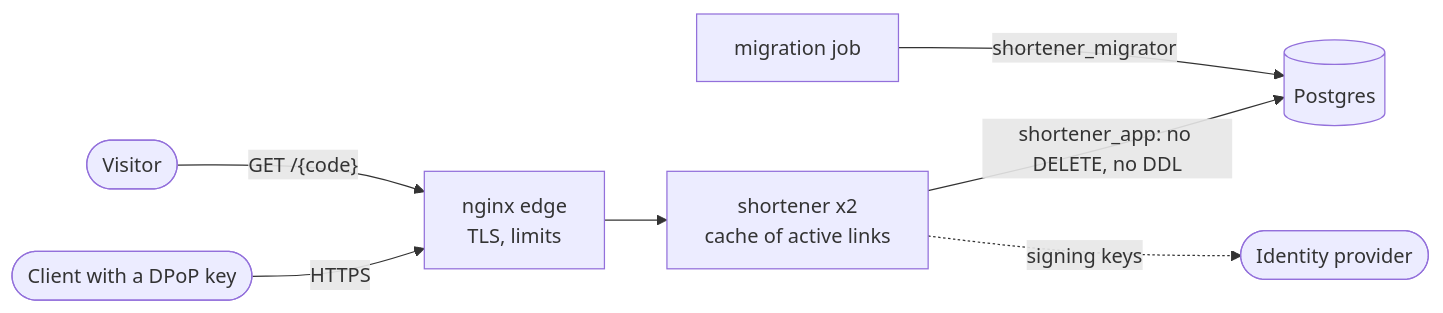
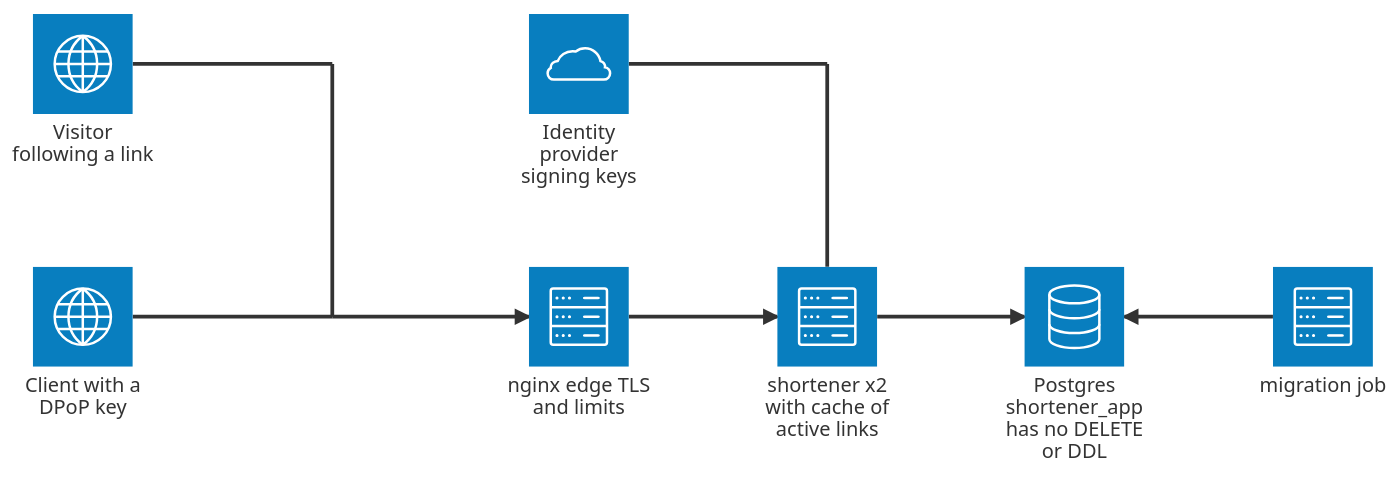
The diagram in README.md (christ008/shortener), drawn with Mermaid before and after one commit. The commit also changed 1 other file, not shown here.

Commit message:
Draw the README's and CLOUD.md's architecture diagrams with Mermaid's icons
The two diagrams of the architecture and of the VM were flowcharts. They are architecture diagrams now, with the icons Mermaid has built in (internet, server, database,
cloud), so that a client, a server and a database read at a glance.

What it costs, and why only these two: an architecture diagram has no labels on its arrows, and its node labels take only words, numbers and spaces. The README's lost "HTTPS", "GET /{code}"
and "signing keys" on the arrows; the role of the application ("shortener_app has no DELETE or DDL") and the keys moved into the node labels. The other diagrams have labelled arrows that
carry what they say, or are sequence diagrams, which have no icons.

Vertical links in an architecture diagram run through the label of the node they leave, so the diagrams join them with junctions, which have no label.

Rendered with Mermaid 11.4.1 in a browser. GitHub's own version was not checked.

````diff
--- a/README.md
+++ b/README.md
@@ -34,9 +34,23 @@
 ```mermaid
-flowchart LR
-    client(["Client with a DPoP key"]) -->|HTTPS| edge["nginx edge<br/>TLS, limits"]
-    visitor(["Visitor"]) -->|"GET /{code}"| edge
-    edge --> app["shortener x2<br/>cache of active links"]
-    app -->|"shortener_app: no DELETE, no DDL"| db[("Postgres")]
-    migrate["migration job"] -->|shortener_migrator| db
-    app -. "signing keys" .-> idp(["Identity provider"])
+architecture-beta
+    service visitor(internet)[Visitor following a link]
+    service client(internet)[Client with a DPoP key]
+    junction jv
+    junction jc
+    service edge(server)[nginx edge TLS and limits]
+    junction jt
+    service app(server)[shortener x2 with cache of active links]
+    service db(database)[Postgres shortener_app has no DELETE or DDL]
+    service migrate(server)[migration job]
+    service idp(cloud)[Identity provider signing keys]
+
+    visitor:R -- L:jv
+    jv:B -- T:jc
+    client:R -- L:jc
+    jc:R --> L:edge
+    edge:R --> L:app
+    app:R --> L:db
+    migrate:L --> R:db
+    idp:R -- L:jt
+    jt:B -- T:app
 ```
````
